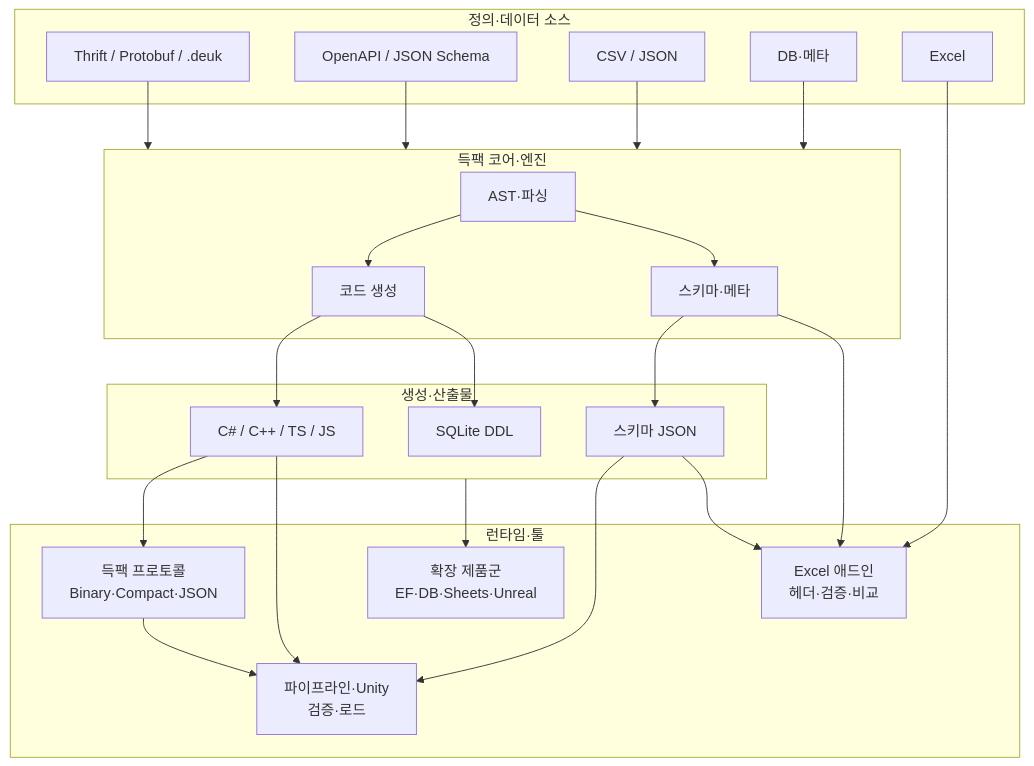
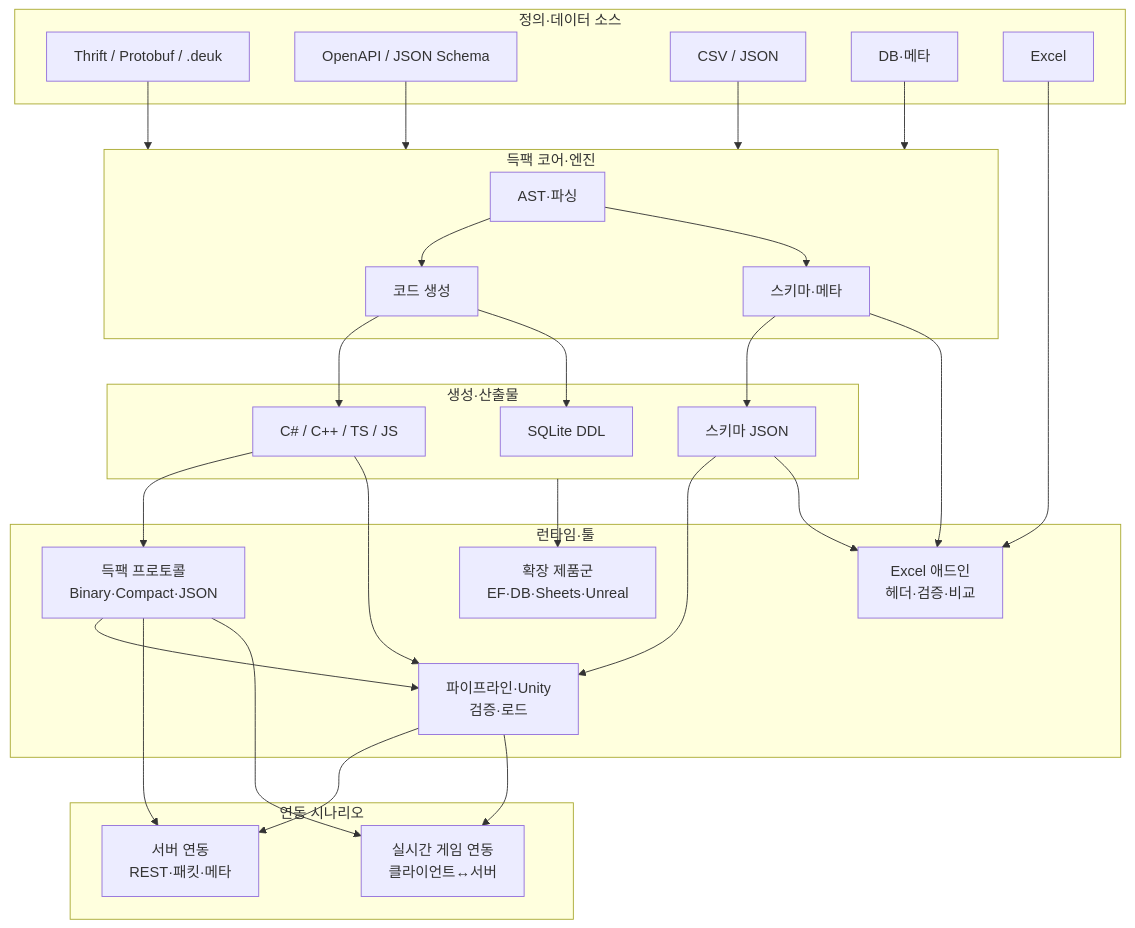
Before and after one commit to joygram/deukpack.app: the first of 2 diagrams in docs/architecture.md, drawn with Mermaid. The commit also changed other lines of this file and 6 other files, not shown here.

````diff
--- a/docs/architecture.md
+++ b/docs/architecture.md
@@ -9,47 +9,56 @@
 ``` mermaid
 flowchart TB
   subgraph 입력["정의·데이터 소스"]
     IDL["Thrift / Protobuf / .deuk"]
     OAS["OpenAPI / JSON Schema"]
     CSV["CSV / JSON"]
     DB["DB·메타"]
     XL["Excel"]
   end
 
   subgraph 코어["득팩 코어·엔진"]
     AST["AST·파싱"]
     GEN["코드 생성"]
     SCH["스키마·메타"]
     AST --> GEN
     AST --> SCH
   end
 
   subgraph 산출["생성·산출물"]
     CODE["C# / C++ / TS / JS"]
     SQL["SQLite DDL"]
     JSON["스키마 JSON"]
     GEN --> CODE
     GEN --> SQL
     SCH --> JSON
   end
 
   subgraph 런타임["런타임·툴"]
     PROTO["득팩 프로토콜<br/>Binary·Compact·JSON"]
     EXCEL["Excel 애드인<br/>헤더·검증·비교"]
     PIPE["파이프라인·Unity<br/>검증·로드"]
     EXT["확장 제품군<br/>EF·DB·Sheets·Unreal"]
   end
 
+  subgraph 연동["연동 시나리오"]
+    SVR["서버 연동<br/>REST·패킷·메타"]
+    RT["실시간 게임 연동<br/>클라이언트↔서버"]
+  end
+
   IDL --> 코어
   OAS --> 코어
   CSV --> 코어
   DB --> 코어
   XL --> EXCEL
   SCH --> EXCEL
   CODE --> PROTO
   CODE --> PIPE
   JSON --> PIPE
   JSON --> EXCEL
   산출 --> EXT
   PROTO --> PIPE
+  PROTO --> SVR
+  PROTO --> RT
+  PIPE --> SVR
+  PIPE --> RT
 ```
````
